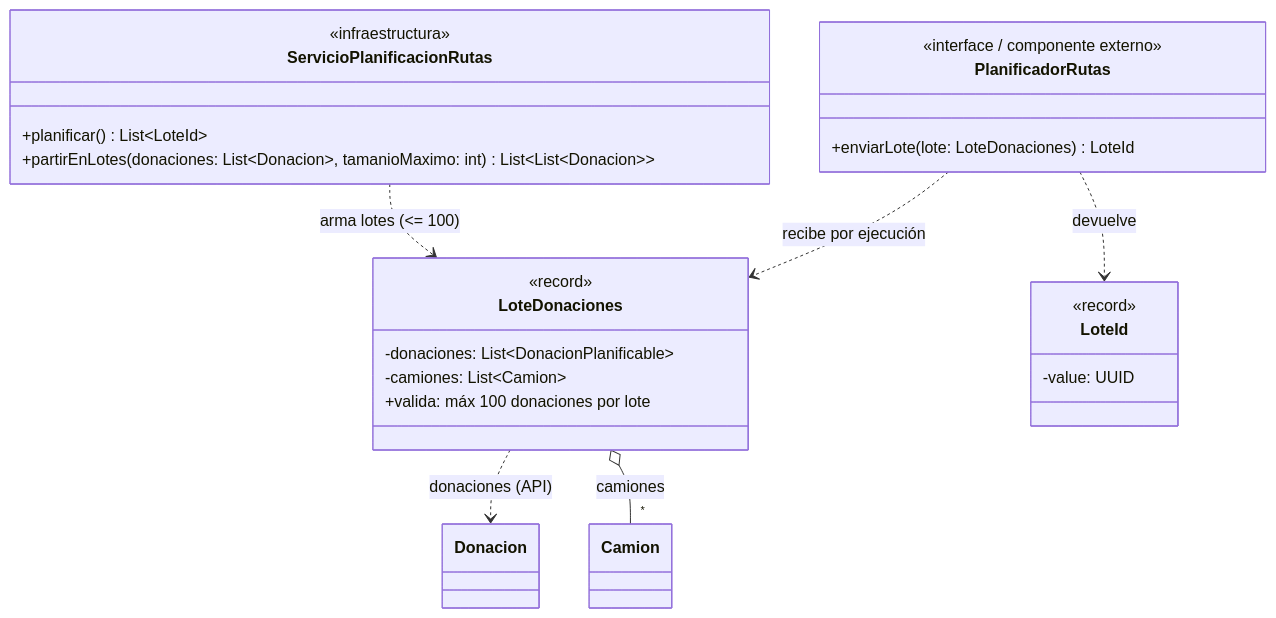
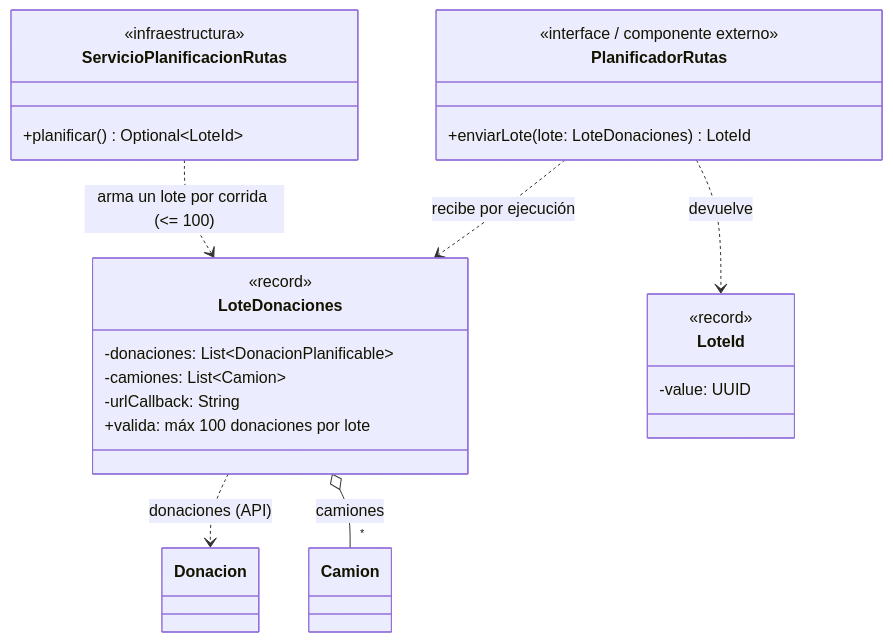
One commit to eonishi/tp-dds-2026-donatrack changed the diagram in docs/diagramas-por-requerimiento/e2-impl2-lotes-100.mermaid. Above: the diagram before and after it, drawn with Mermaid. The commit also changed 12 other files, not shown here.

First line of the commit message:
feat(logistica): send one stateless planning batch per run with callback URL

```diff
--- a/docs/diagramas-por-requerimiento/e2-impl2-lotes-100.mermaid
+++ b/docs/diagramas-por-requerimiento/e2-impl2-lotes-100.mermaid
@@ -1,37 +1,37 @@
 %% ============================================================================
 %% ENTREGA 2 — Requerimiento de implementación 2
 %% "El sistema deberá realizar las solicitudes al proveedor en lotes puesto
 %%  que, por restricciones del proveedor, cada ejecución procesa como máximo
 %%  100 donaciones a entregar."
 %% Fragmento mínimo del dominio involucrado (incluye infraestructura).
 %% ============================================================================
 classDiagram
     direction TB
 
     class ServicioPlanificacionRutas {
         <<infraestructura>>
-        +planificar() List~LoteId~
-        +partirEnLotes(donaciones: List~Donacion~, tamanioMaximo: int) List~List~Donacion~~
+        +planificar() Optional~LoteId~
     }
     class LoteDonaciones {
         <<record>>
         -donaciones: List~DonacionPlanificable~
         -camiones: List~Camion~
+        -urlCallback: String
         +valida: máx 100 donaciones por lote
     }
     class LoteId {
         <<record>>
         -value: UUID
     }
     class Donacion
     class Camion
     class PlanificadorRutas {
         <<interface / componente externo>>
         +enviarLote(lote: LoteDonaciones) LoteId
     }
 
-    ServicioPlanificacionRutas ..> LoteDonaciones : arma lotes (<= 100)
+    ServicioPlanificacionRutas ..> LoteDonaciones : arma un lote por corrida (<= 100)
     LoteDonaciones ..> Donacion : donaciones (API)
     LoteDonaciones o-- "*" Camion : camiones
     PlanificadorRutas ..> LoteDonaciones : recibe por ejecución
     PlanificadorRutas ..> LoteId : devuelve
```
